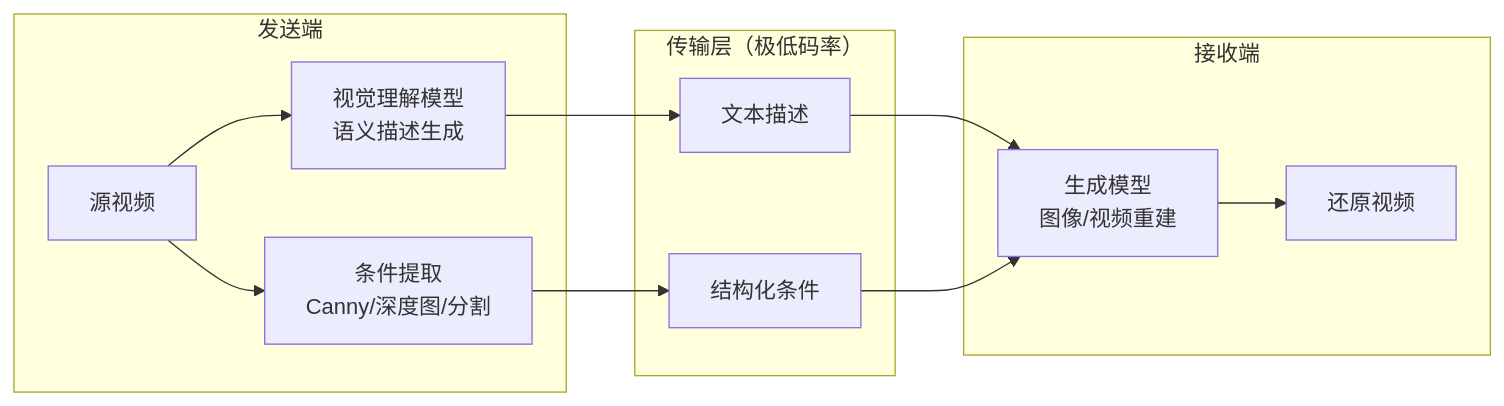
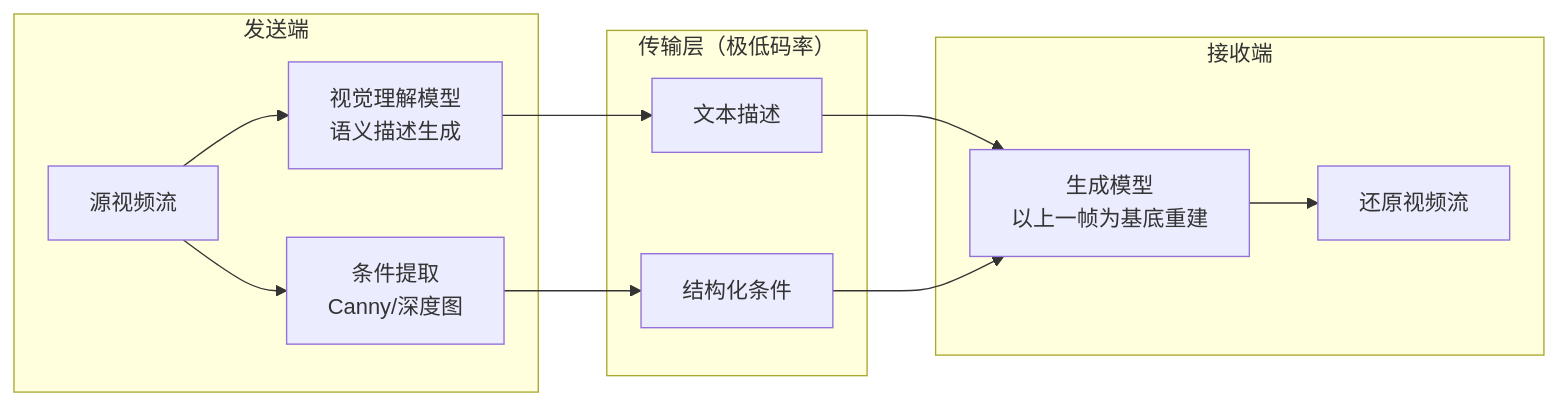
Before and after one commit to chy5301/semantic-transmission: the diagram in README.md, drawn with Mermaid. The commit also changed other lines of this file and 7 other files, not shown here.

````diff
--- a/README.md
+++ b/README.md
@@ -7,16 +7,16 @@
 ```mermaid
 graph LR
     subgraph sender["发送端"]
-        A[源视频] --> B[视觉理解模型<br/>语义描述生成]
-        A --> C[条件提取<br/>Canny/深度图/分割]
+        A[源视频流] --> B[视觉理解模型<br/>语义描述生成]
+        A --> C[条件提取<br/>Canny/深度图]
     end
     subgraph transport["传输层（极低码率）"]
         B --> D[文本描述]
         C --> E[结构化条件]
     end
     subgraph receiver["接收端"]
-        D --> F[生成模型<br/>图像/视频重建]
+        D --> F[生成模型<br/>以上一帧为基底重建]
         E --> F
-        F --> G[还原视频]
+        F --> G[还原视频流]
     end
 ```
````
